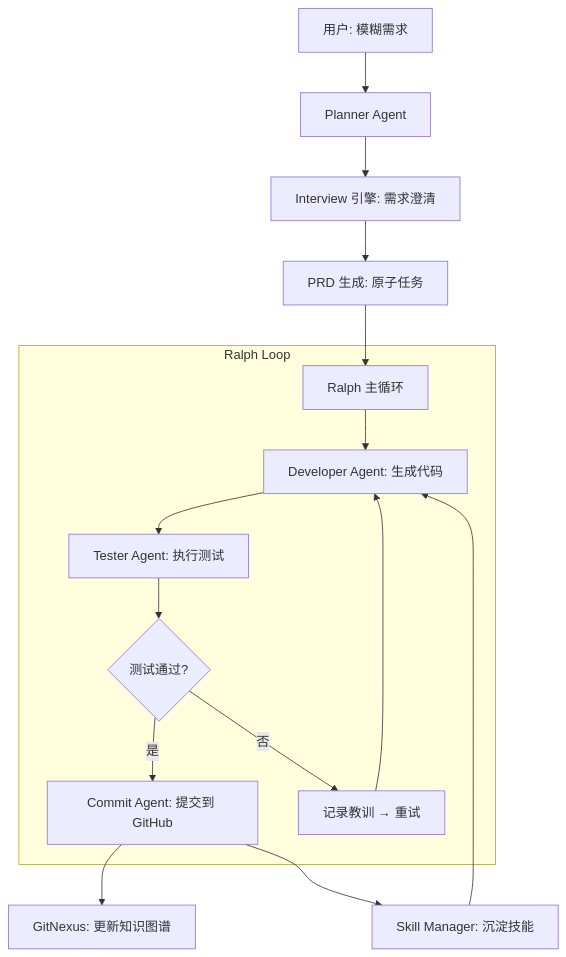
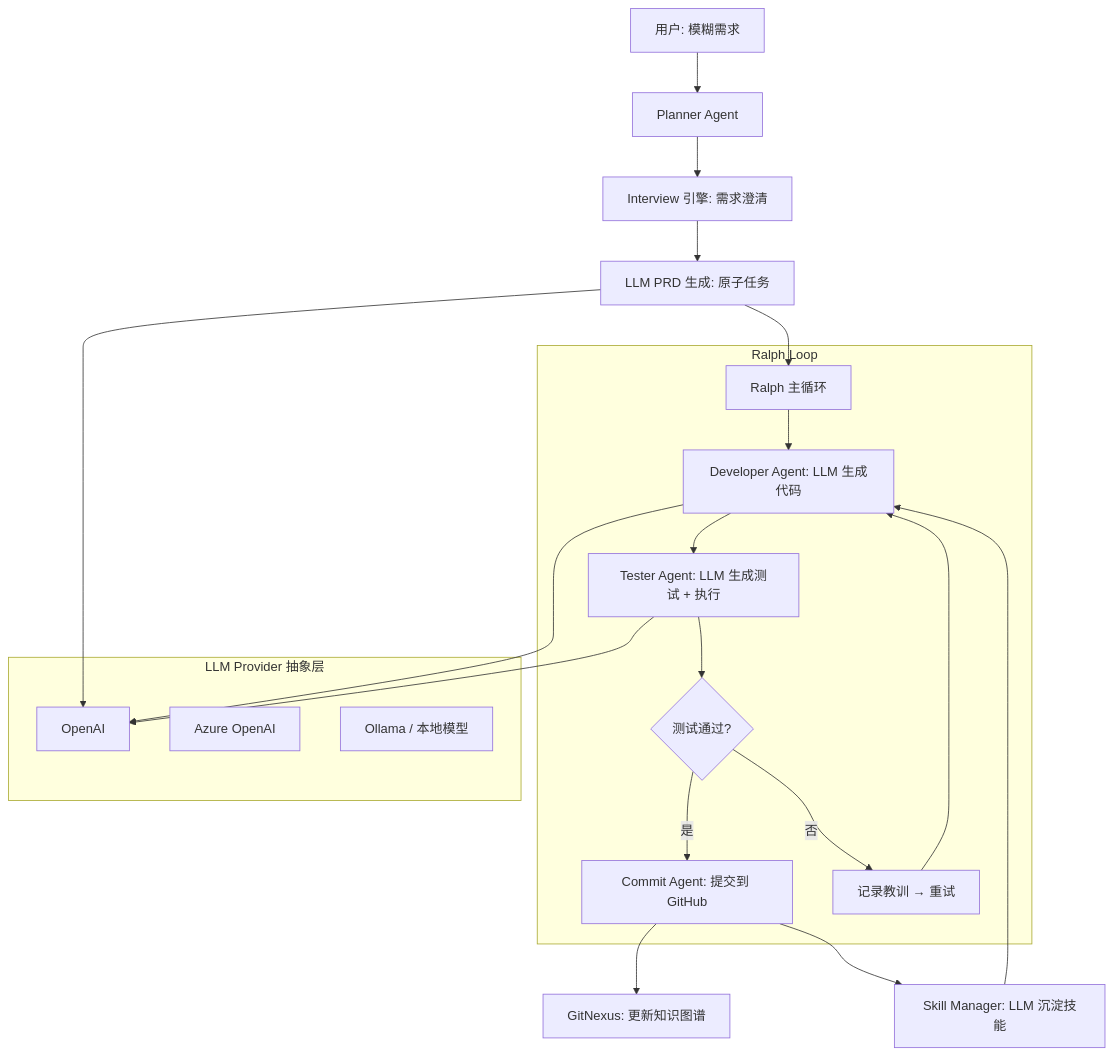
The diagram in README.md (slotht2026/slotht-code-agent), drawn with Mermaid before and after one commit. The commit also changed other lines of this file and 26 other files, not shown here.

````diff
--- a/README.md
+++ b/README.md
@@ -46,20 +59,30 @@
 ```mermaid
 graph TD
     A[用户: 模糊需求] --> B[Planner Agent]
     B --> C[Interview 引擎: 需求澄清]
-    C --> D[PRD 生成: 原子任务]
+    C --> D[LLM PRD 生成: 原子任务]
     D --> E[Ralph 主循环]
     
     subgraph Ralph Loop
-        E --> F[Developer Agent: 生成代码]
-        F --> G[Tester Agent: 执行测试]
+        E --> F[Developer Agent: LLM 生成代码]
+        F --> G[Tester Agent: LLM 生成测试 + 执行]
         G --> H{测试通过?}
         H -->|是| I[Commit Agent: 提交到 GitHub]
         H -->|否| J[记录教训 → 重试]
         J --> F
     end
     
     I --> K[GitNexus: 更新知识图谱]
-    I --> L[Skill Manager: 沉淀技能]
+    I --> L[Skill Manager: LLM 沉淀技能]
     L --> F
+
+    subgraph LLM Provider 抽象层
+        M[OpenAI]
+        N[Azure OpenAI]
+        O[Ollama / 本地模型]
+    end
+    
+    F --> M
+    G --> M
+    D --> M
 ```
````
